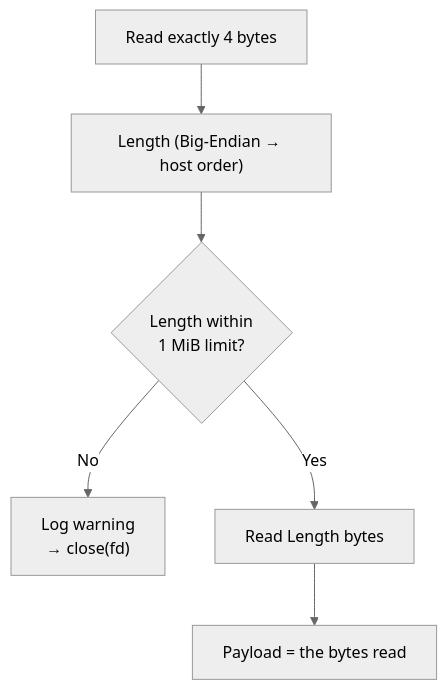
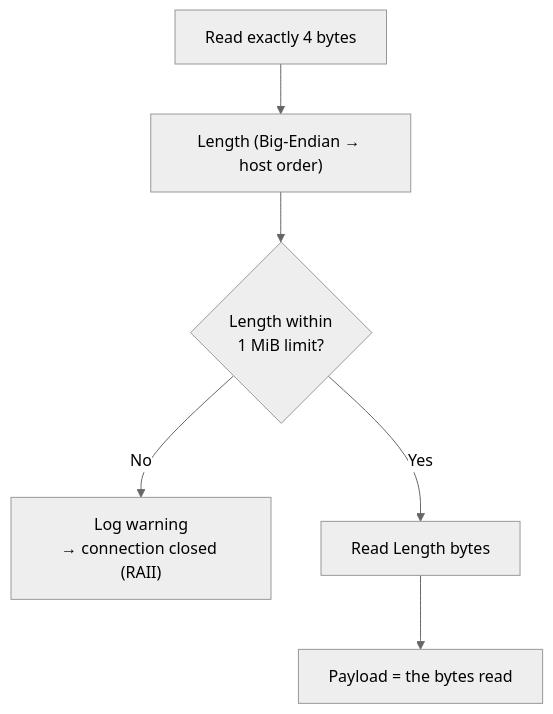
The diagram in docs/PROTOCOL.md (krss-sys/aether-stream-layer), drawn with Mermaid (neutral theme) before and after one commit. The commit also changed other lines of this file and 3 other files, not shown here.

````diff
--- a/docs/PROTOCOL.md
+++ b/docs/PROTOCOL.md
@@ -58,8 +58,8 @@
 ```mermaid
 flowchart TD
     A["Read exactly 4 bytes"] --> B["Length (Big-Endian → host order)"]
     B --> C{"Length within<br/>1 MiB limit?"}
-    C -- "No" --> X["Log warning<br/>→ close(fd)"]
+    C -- "No" --> X["Log warning<br/>→ connection closed (RAII)"]
     C -- "Yes" --> D["Read Length bytes"]
     D --> E["Payload = the bytes read"]
 ```
````
